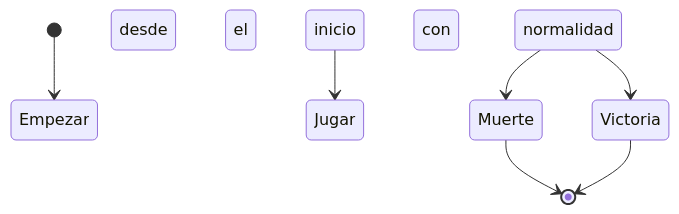
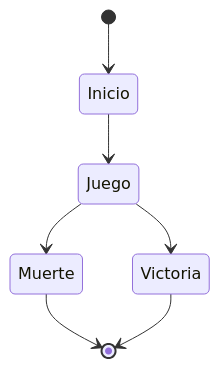
Before and after one commit to Narratech/DEV-P0: the first of 6 diagrams in README.md, drawn with Mermaid.

Commit message:
Corregido diagrama de estados

````diff
--- a/README.md
+++ b/README.md
@@ -56,9 +56,9 @@
 ```mermaid
 stateDiagram
-    [*] --> Empezar desde el inicio
-    Empezar desde el inicio --> Jugar con normalidad
-    Jugar con normalidad --> Muerte
-    Jugar con normalidad --> Victoria
+    [*] --> Inicio
+    Inicio --> Juego
+    Juego --> Muerte
+    Juego --> Victoria
     Muerte --> [*]
     Victoria --> [*]
 ```
````
